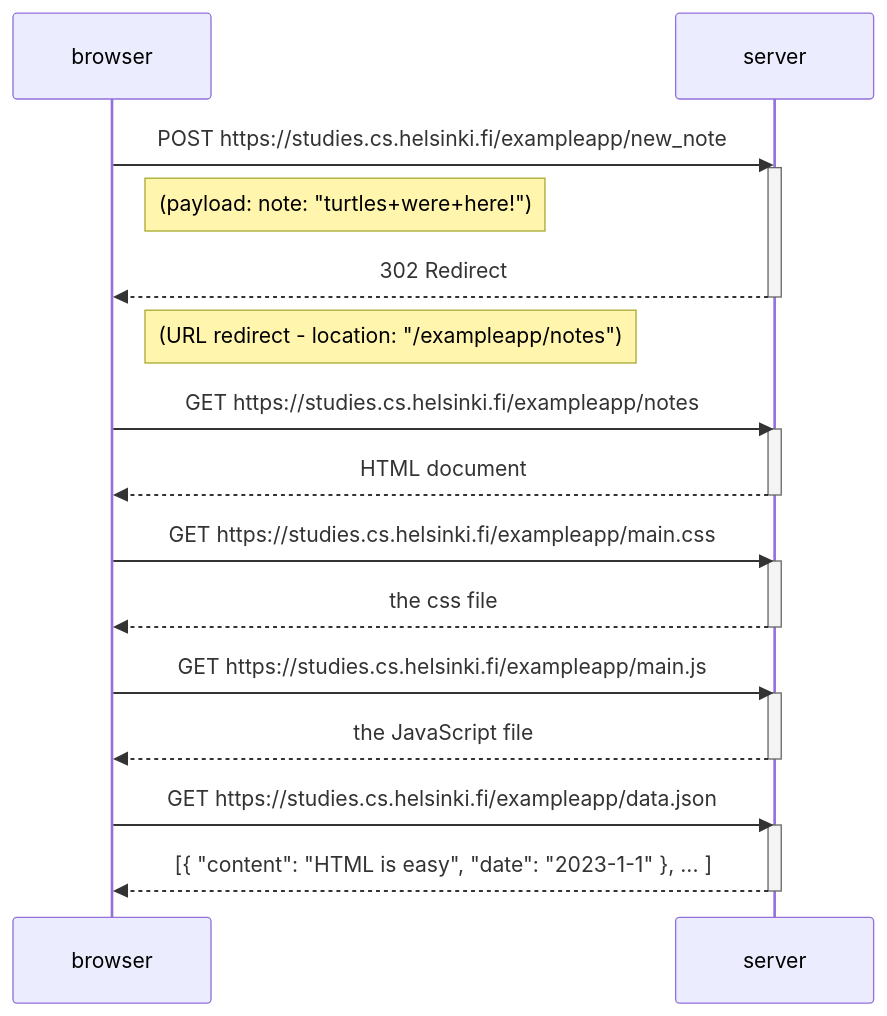
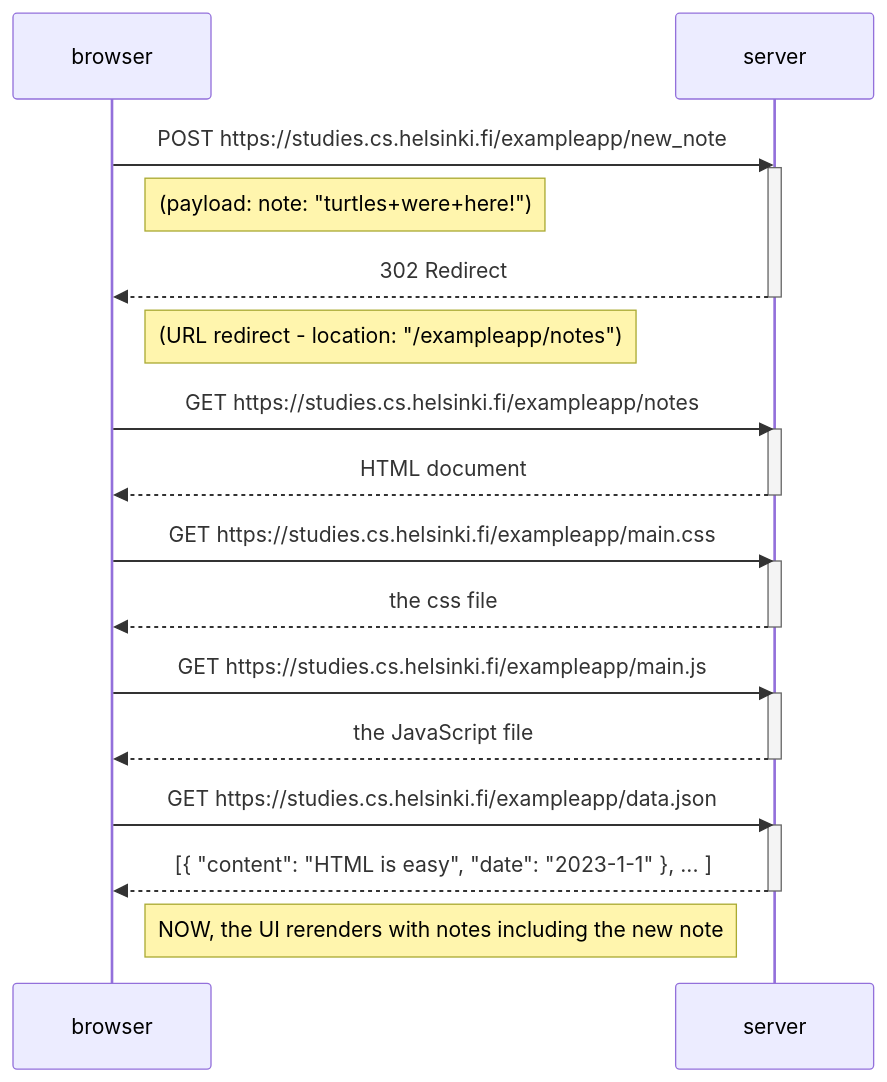
One commit to joFolta/full-stack-open changed the diagram in part0/0.4-New-note-diagram.md. Above: the diagram before and after it, drawn with Mermaid. The commit also changed 2 other files, not shown here.

Commit message:
0.6: New note in Single page app diagram

````diff
--- a/part0/0.4-New-note-diagram.md
+++ b/part0/0.4-New-note-diagram.md
@@ -1,32 +1,33 @@
 ```mermaid
 sequenceDiagram
     participant browser
     participant server
 
     browser->>server: POST https://studies.cs.helsinki.fi/exampleapp/new_note
     activate server
     Note right of browser: (payload: note: "turtles+were+here!")
     server-->>browser: 302 Redirect
     deactivate server
     Note right of browser: (URL redirect - location: "/exampleapp/notes")
 
     browser->>server: GET https://studies.cs.helsinki.fi/exampleapp/notes
     activate server
     server-->>browser: HTML document
     deactivate server
 
     browser->>server: GET https://studies.cs.helsinki.fi/exampleapp/main.css
     activate server
     server-->>browser: the css file
     deactivate server
 
     browser->>server: GET https://studies.cs.helsinki.fi/exampleapp/main.js
     activate server
     server-->>browser: the JavaScript file
     deactivate server
 
     browser->>server: GET https://studies.cs.helsinki.fi/exampleapp/data.json
     activate server
     server-->>browser: [{ "content": "HTML is easy", "date": "2023-1-1" }, ... ]
     deactivate server
+    Note right of browser: NOW, the UI rerenders with notes including the new note
 ```
````
